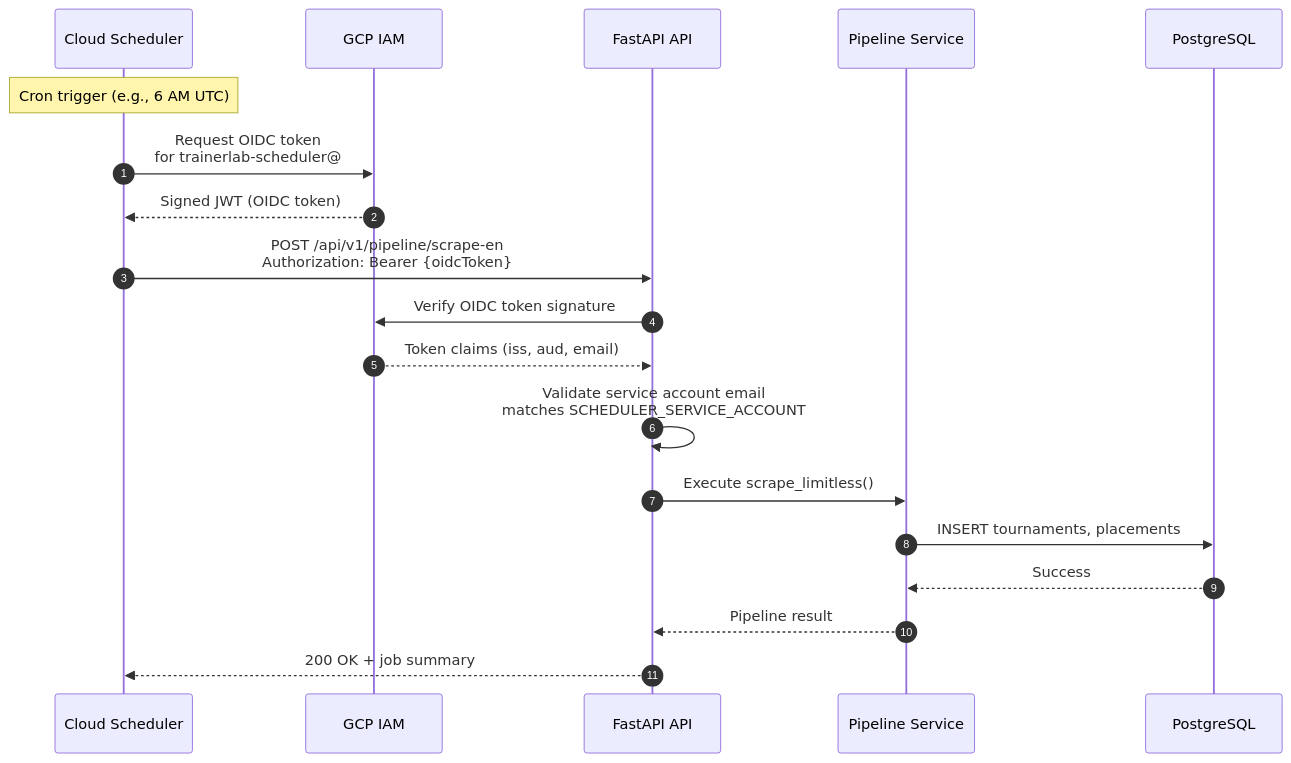
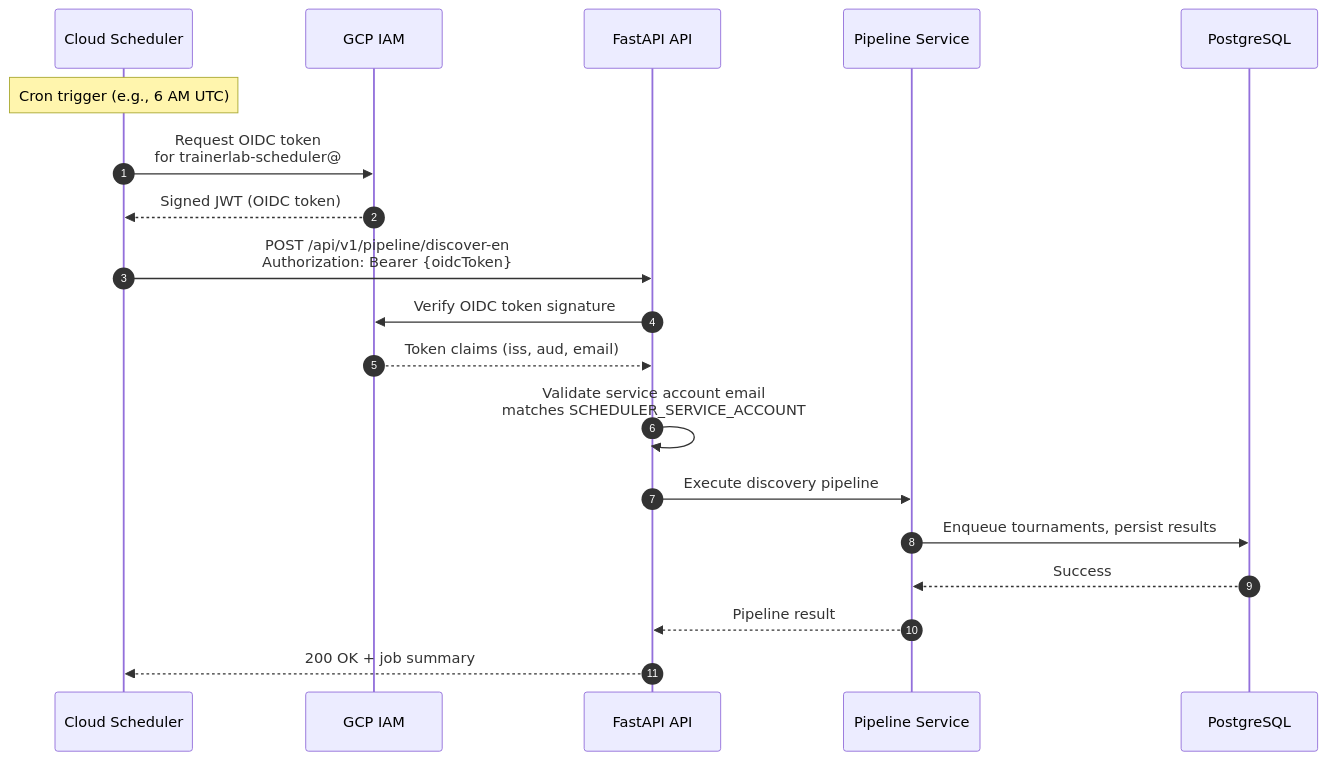
Before and after one commit to dtsong/trainerlab: the second of 2 diagrams in docs/architecture/AUTHENTICATION.md, drawn with Mermaid. The commit also changed 15 other files, not shown here.

````diff
--- a/docs/architecture/AUTHENTICATION.md
+++ b/docs/architecture/AUTHENTICATION.md
@@ -41,28 +41,28 @@
 ```mermaid
 sequenceDiagram
     autonumber
     participant Scheduler as Cloud Scheduler
     participant GCP as GCP IAM
     participant API as FastAPI API
     participant Pipeline as Pipeline Service
     participant DB as PostgreSQL
 
     Note over Scheduler: Cron trigger (e.g., 6 AM UTC)
 
     Scheduler->>GCP: Request OIDC token<br/>for trainerlab-scheduler@
     GCP-->>Scheduler: Signed JWT (OIDC token)
 
-    Scheduler->>API: POST /api/v1/pipeline/scrape-en<br/>Authorization: Bearer {oidcToken}
+    Scheduler->>API: POST /api/v1/pipeline/discover-en<br/>Authorization: Bearer {oidcToken}
 
     API->>GCP: Verify OIDC token signature
     GCP-->>API: Token claims (iss, aud, email)
 
     API->>API: Validate service account email<br/>matches SCHEDULER_SERVICE_ACCOUNT
 
-    API->>Pipeline: Execute scrape_limitless()
-    Pipeline->>DB: INSERT tournaments, placements
+    API->>Pipeline: Execute discovery pipeline
+    Pipeline->>DB: Enqueue tournaments, persist results
     DB-->>Pipeline: Success
 
     Pipeline-->>API: Pipeline result
     API-->>Scheduler: 200 OK + job summary
 ```
````
